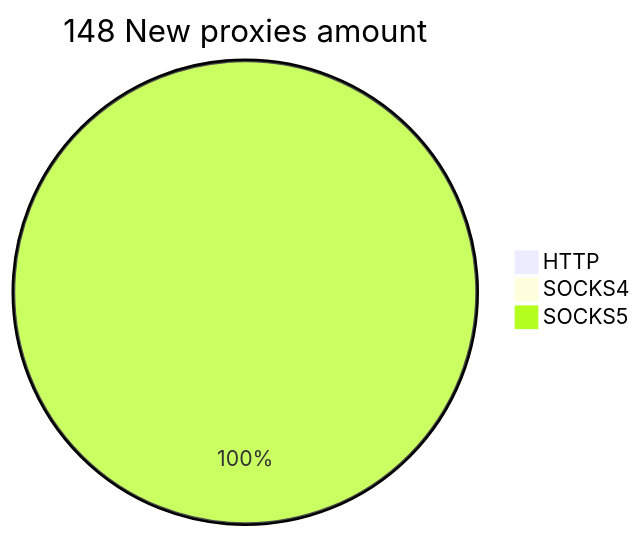
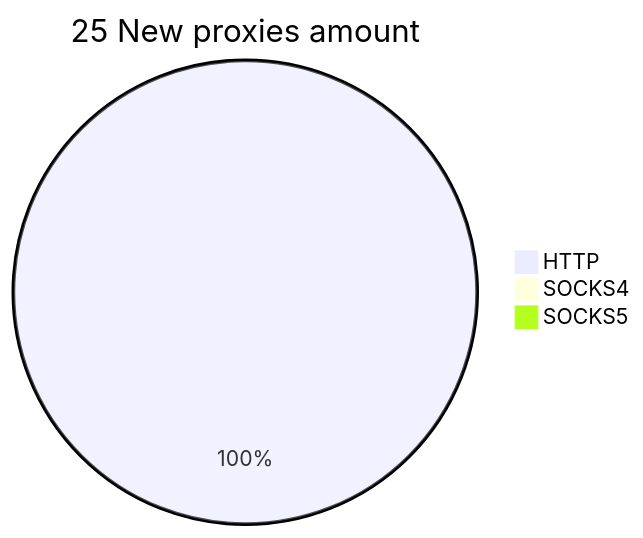
One commit to cutipu/proxylist changed the second of 2 diagrams in README.md. Above: the diagram before and after it, drawn with Mermaid. The commit also changed other lines of this file, not shown here.

````diff
--- a/README.md
+++ b/README.md
@@ -10,6 +10,6 @@
 ```mermaid
-pie title 148 New proxies amount
-    "HTTP" : 0
+pie title 25 New proxies amount
+    "HTTP" : 25
     "SOCKS4" : 0
-    "SOCKS5" : 175
+    "SOCKS5" : 0
 ```
````
